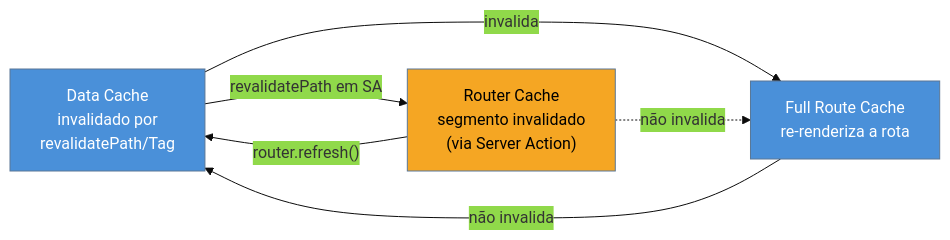
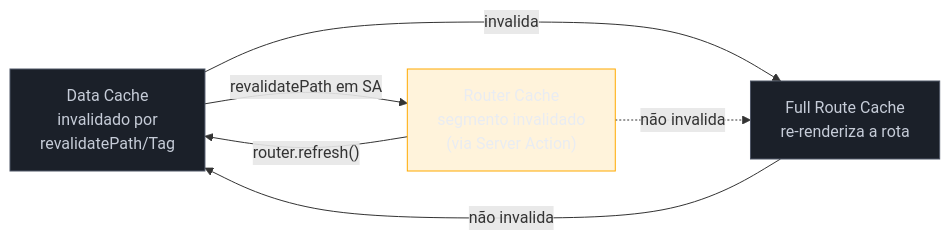
One commit to josenaldo/codex-technomanticus changed the second of 2 diagrams in 03-Dominios/Tecnologia/React/Next.js/07 - O modelo de caching do Next 15.md. Above: the diagram before and after it, drawn with Mermaid. The commit also changed other lines of this file and 1181 other files, not shown here.

First line of the commit message:
fix(diagramas): paleta do sistema no lugar de cor cravada no markdown

````diff
--- a/03-Dominios/Tecnologia/React/Next.js/07 - O modelo de caching do Next 15.md
+++ b/03-Dominios/Tecnologia/React/Next.js/07 - O modelo de caching do Next 15.md
@@ -313,17 +315,18 @@
 ```mermaid
-%%{init: {"theme": "base", "themeVariables": {"primaryColor": "#4A90D9"}}}%%
 graph LR
+    classDef neutro fill:#1B2029,stroke:#4E5666,color:#C6CCD8
+    classDef destaque fill:#FFAA0024,stroke:#FFAA00,color:#E9ECF2
     DCC["Data Cache\ninvalidado por\nrevalidatePath/Tag"]
     FRC["Full Route Cache\nre-renderiza a rota"]
     RC["Router Cache\nsegmento invalidado\n(via Server Action)"]
 
     DCC -->|"invalida"| FRC
     FRC -->|"não invalida"| DCC
     DCC -->|"revalidatePath em SA"| RC
     RC -->|"router.refresh()"| DCC
     RC -.->|"não invalida"| FRC
 
-    style DCC fill:#4A90D9,color:#fff
-    style FRC fill:#4A90D9,color:#fff
-    style RC fill:#F5A623,color:#000
+    class DCC neutro
+    class FRC neutro
+    class RC destaque
 ```
````
